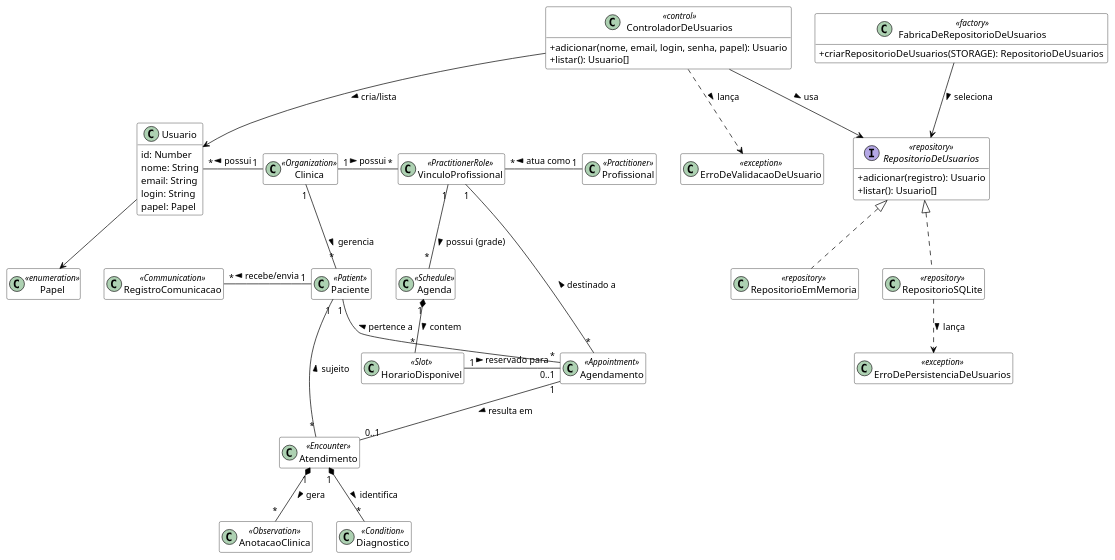
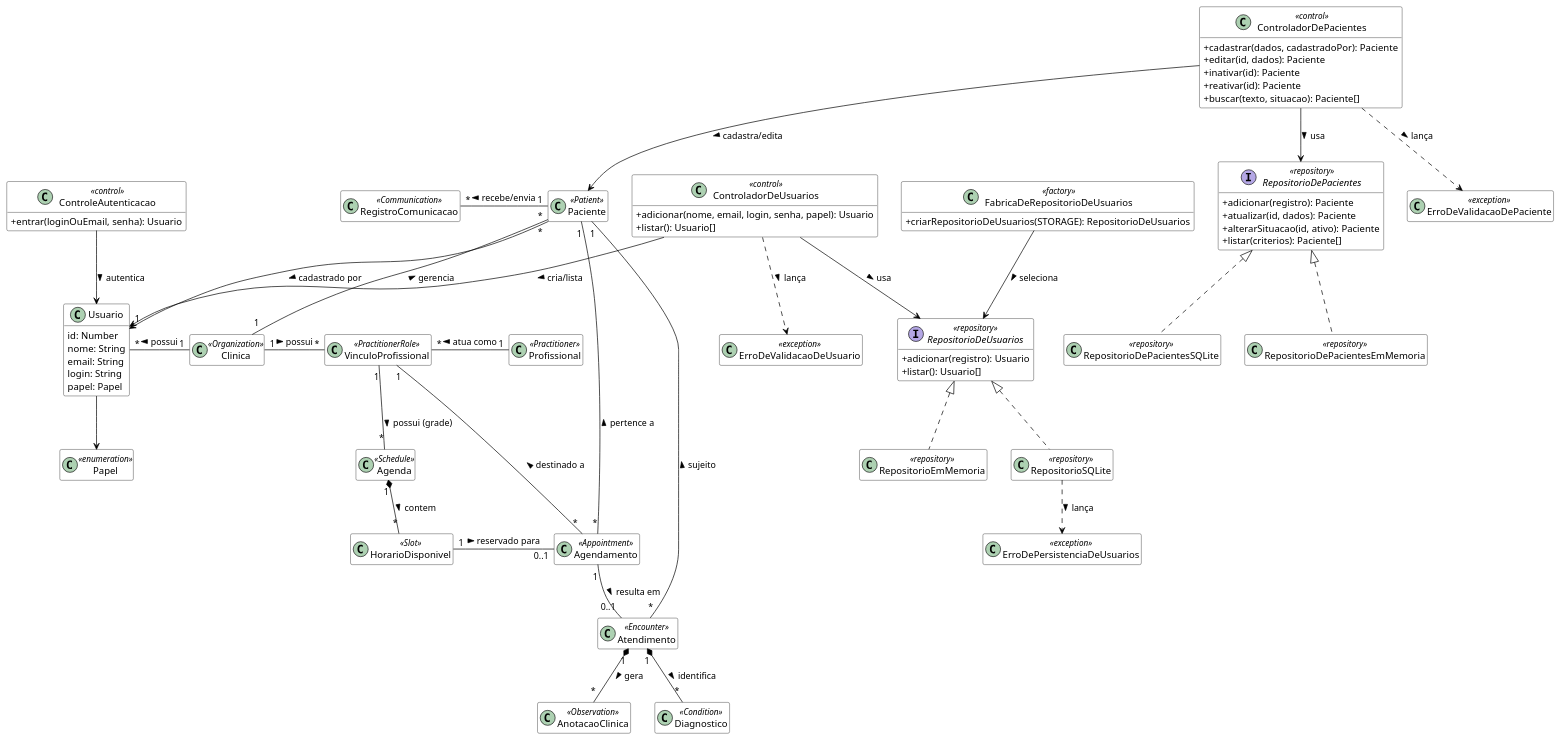
One commit to beatrizmontenegro07/projeto-metodos changed the diagram in docs/relatorio/codigos/classes-de-analise.puml. Above: the diagram before and after it, drawn with PlantUML. The commit also changed 5 other files, not shown here.

Commit message:
docs(relatorio): render the Entrega 2 diagrams and rebuild the PDF

```diff
--- a/docs/relatorio/codigos/classes-de-analise.puml
+++ b/docs/relatorio/codigos/classes-de-analise.puml
@@ -1,89 +1,119 @@
 @startuml
 skinparam classAttributeIconSize 0
 hide empty methods
 hide empty attributes
 skinparam class {
     BackgroundColor White
     ArrowColor Black
     BorderColor Black
 }
 
 ' Entidades Principais e Administrativas
 class Clinica <<Organization>>
 class Usuario {
   id: Number
   nome: String
   email: String
   login: String
   papel: Papel
 }
 class Papel <<enumeration>>
 class Paciente <<Patient>>
 class Profissional <<Practitioner>>
 class VinculoProfissional <<PractitionerRole>>
 
 ' Controle, validação e persistência de usuários
 class ControladorDeUsuarios <<control>> {
   +adicionar(nome, email, login, senha, papel): Usuario
   +listar(): Usuario[]
 }
 interface RepositorioDeUsuarios <<repository>> {
   +adicionar(registro): Usuario
   +listar(): Usuario[]
 }
 class RepositorioEmMemoria <<repository>>
 class RepositorioSQLite <<repository>>
 class FabricaDeRepositorioDeUsuarios <<factory>> {
   +criarRepositorioDeUsuarios(STORAGE): RepositorioDeUsuarios
 }
 class ErroDeValidacaoDeUsuario <<exception>>
 class ErroDePersistenciaDeUsuarios <<exception>>
 
+' Autenticação e pacientes (Entrega 2)
+class ControleAutenticacao <<control>> {
+  +entrar(loginOuEmail, senha): Usuario
+}
+class ControladorDePacientes <<control>> {
+  +cadastrar(dados, cadastradoPor): Paciente
+  +editar(id, dados): Paciente
+  +inativar(id): Paciente
+  +reativar(id): Paciente
+  +buscar(texto, situacao): Paciente[]
+}
+interface RepositorioDePacientes <<repository>> {
+  +adicionar(registro): Paciente
+  +atualizar(id, dados): Paciente
+  +alterarSituacao(id, ativo): Paciente
+  +listar(criterios): Paciente[]
+}
+class RepositorioDePacientesEmMemoria <<repository>>
+class RepositorioDePacientesSQLite <<repository>>
+class ErroDeValidacaoDePaciente <<exception>>
+
 ' Entidades de Agendamento (Módulo Ambulatorial)
 class Agenda <<Schedule>>
 class HorarioDisponivel <<Slot>>
 class Agendamento <<Appointment>>
 
 ' Entidades de Relacionamento (CRM)
 class RegistroComunicacao <<Communication>>
 
 ' Entidades Clínicas Básicas
 class Atendimento <<Encounter>>
 class AnotacaoClinica <<Observation>>
 class Diagnostico <<Condition>>
 
 ' Relacionamentos Estruturais
 Clinica "1" -down- "*" Paciente : gerencia >
 Clinica "1" -right- "*" VinculoProfissional : possui >
 Profissional "1" -left- "*" VinculoProfissional : atua como >
 Clinica "1" -left- "*" Usuario : possui >
 Usuario --> Papel
 
 ' Validação e persistência da Sprint 02
 ControladorDeUsuarios --> Usuario : cria/lista >
 ControladorDeUsuarios --> RepositorioDeUsuarios : usa >
 ControladorDeUsuarios ..> ErroDeValidacaoDeUsuario : lança >
 RepositorioDeUsuarios <|.. RepositorioEmMemoria
 RepositorioDeUsuarios <|.. RepositorioSQLite
 RepositorioSQLite ..> ErroDePersistenciaDeUsuarios : lança >
 FabricaDeRepositorioDeUsuarios --> RepositorioDeUsuarios : seleciona >
 
+' Autenticação e pacientes (Entrega 2)
+ControleAutenticacao --> Usuario : autentica >
+Paciente "*" --> "1" Usuario : cadastrado por >
+ControladorDePacientes --> Paciente : cadastra/edita >
+ControladorDePacientes --> RepositorioDePacientes : usa >
+ControladorDePacientes ..> ErroDeValidacaoDePaciente : lança >
+RepositorioDePacientes <|.. RepositorioDePacientesEmMemoria
+RepositorioDePacientes <|.. RepositorioDePacientesSQLite
+
 ' Relacionamentos de CRM e Comunicação
 Paciente "1" -left- "*" RegistroComunicacao : recebe/envia >
 
 ' Relacionamentos de Agendamento (Baseado na Grade Ambulatorial)
 VinculoProfissional "1" -down- "*" Agenda : possui (grade) >
 Agenda "1" *-down- "*" HorarioDisponivel : contem >
 HorarioDisponivel "1" -right- "0..1" Agendamento : reservado para >
 Agendamento "*" -up- "1" Paciente : pertence a >
 Agendamento "*" -up- "1" VinculoProfissional : destinado a >
 
 ' Relacionamentos do Encontro Clínico
 Agendamento "1" -down- "0..1" Atendimento : resulta em >
 Atendimento "*" -up- "1" Paciente : sujeito >
 
 ' Relacionamentos de Desfecho Clínico
 Atendimento "1" *-down- "*" AnotacaoClinica : gera >
 Atendimento "1" *-down- "*" Diagnostico : identifica >
 
 @enduml
```
